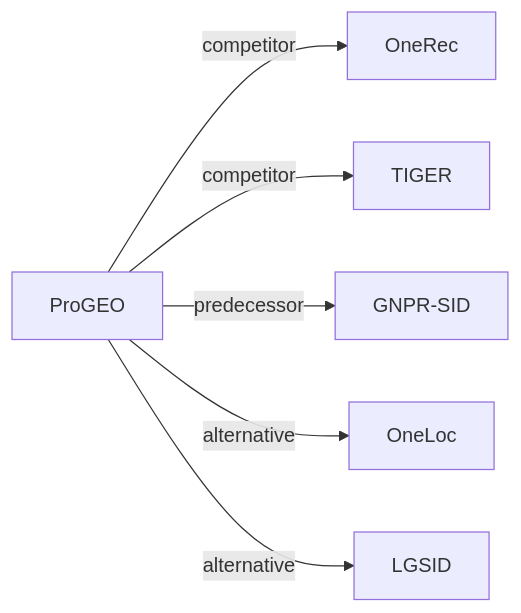
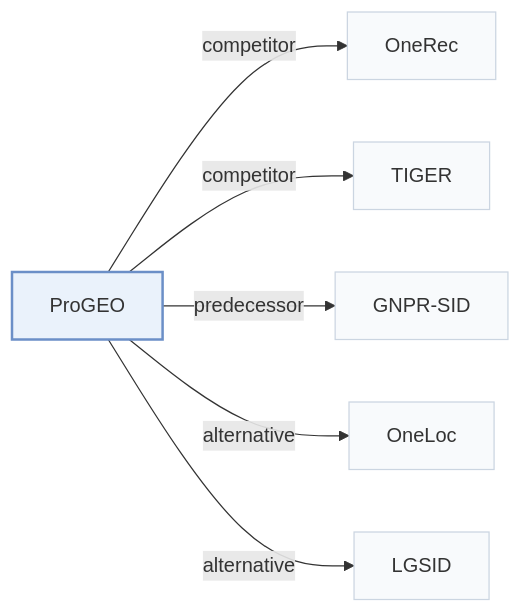
Before and after one commit to Galaxy-ghost/Awesome-SID-Generative-Rec: the third of 3 diagrams in pages/papers/progeo.md, drawn with Mermaid. The commit also changed other lines of this file and 649 other files, not shown here.

Commit message:
writer-05: also tags and modality index (schema, check, build, visuals); summary field removed; calibration data for 12 papers

````diff
--- a/pages/papers/progeo.md
+++ b/pages/papers/progeo.md
@@ -132,9 +144,13 @@
 ```mermaid
 flowchart LR
     P["ProGEO"]
-    P -->|competitor| A["OneRec"]
-    P -->|competitor| B["TIGER"]
-    P -->|predecessor| C["GNPR-SID"]
-    P -->|alternative| D["OneLoc"]
-    P -->|alternative| E["LGSID"]
+    P -->|"competitor"| A["OneRec"]
+    P -->|"competitor"| B["TIGER"]
+    P -->|"predecessor"| C["GNPR-SID"]
+    P -->|"alternative"| D["OneLoc"]
+    P -->|"alternative"| E["LGSID"]
+    classDef main fill:#eaf2fb,stroke:#6b8fc7,stroke-width:2px
+    classDef peer fill:#f8fafc,stroke:#cbd5e1
+    class P main
+    class A,B,C,D,E peer
 ```
````
